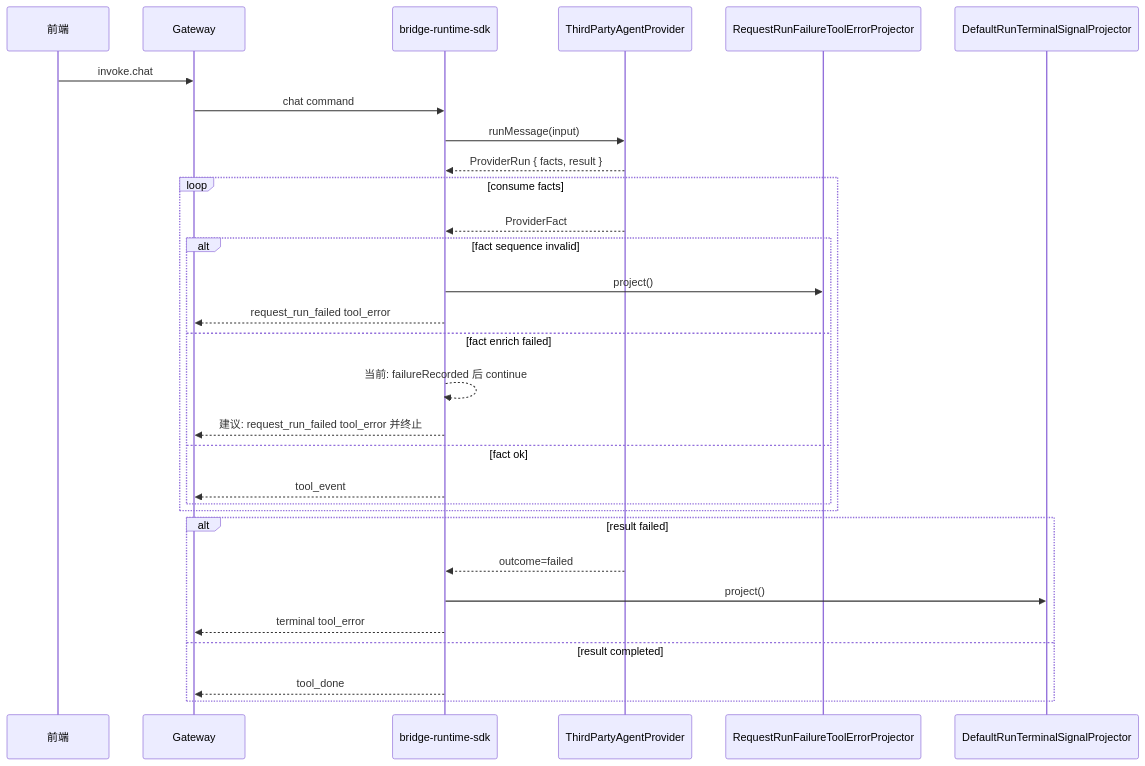
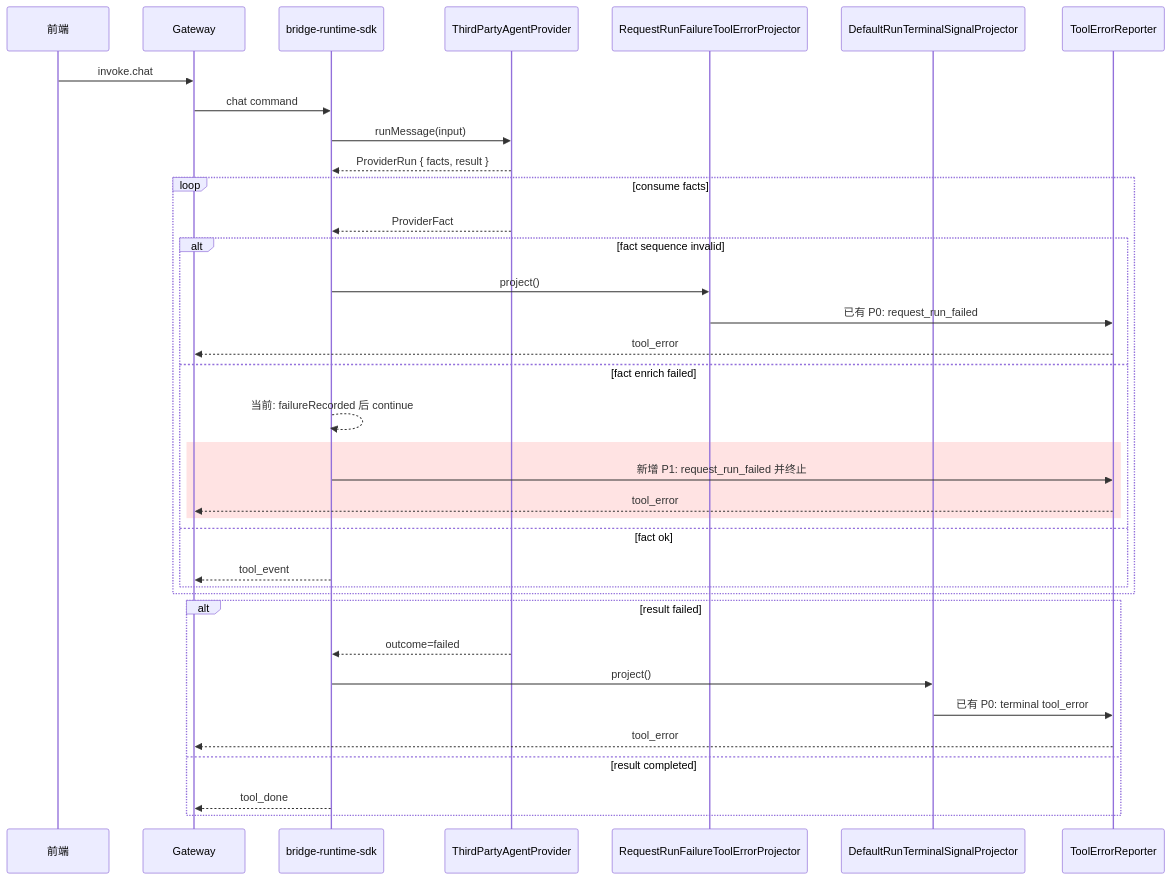
One commit to yuzhangCZ/agent-plugin changed the third of 4 diagrams in docs/design/bridge-runtime-sdk-tool-error-exception-solution.md. Above: the diagram before and after it, drawn with Mermaid. The commit also changed other lines of this file, not shown here.

Commit message:
docs: explain sdk tool_error reporting stages

````diff
--- a/docs/design/bridge-runtime-sdk-tool-error-exception-solution.md
+++ b/docs/design/bridge-runtime-sdk-tool-error-exception-solution.md
@@ -93,33 +109,39 @@
 ```mermaid
 sequenceDiagram
     participant FE as 前端
     participant GW as Gateway
     participant SDK as bridge-runtime-sdk
     participant P as ThirdPartyAgentProvider
     participant RF as RequestRunFailureToolErrorProjector
     participant TF as DefaultRunTerminalSignalProjector
+    participant TER as ToolErrorReporter
 
     FE->>GW: invoke.chat
     GW->>SDK: chat command
     SDK->>P: runMessage(input)
     P-->>SDK: ProviderRun { facts, result }
     loop consume facts
         P-->>SDK: ProviderFact
         alt fact sequence invalid
             SDK->>RF: project()
-            SDK-->>GW: request_run_failed tool_error
+            RF->>TER: 已有 P0: request_run_failed
+            TER-->>GW: tool_error
         else fact enrich failed
             SDK-->>SDK: 当前: failureRecorded 后 continue
-            SDK-->>GW: 建议: request_run_failed tool_error 并终止
+            rect rgb(255, 227, 227)
+            SDK->>TER: 新增 P1: request_run_failed 并终止
+            TER-->>GW: tool_error
+            end
         else fact ok
             SDK-->>GW: tool_event
         end
     end
     alt result failed
         P-->>SDK: outcome=failed
         SDK->>TF: project()
-        SDK-->>GW: terminal tool_error
+        TF->>TER: 已有 P0: terminal tool_error
+        TER-->>GW: tool_error
     else result completed
         SDK-->>GW: tool_done
     end
 ```
````
